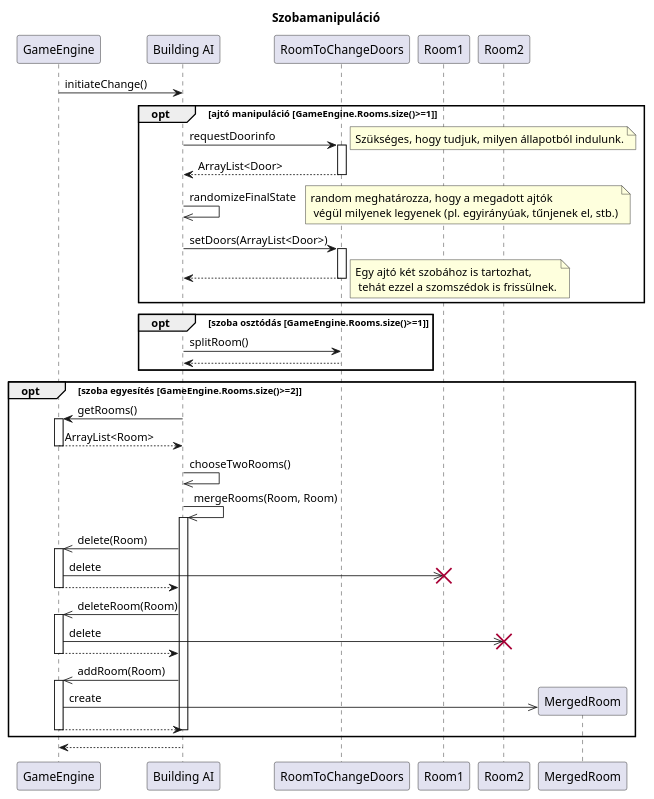
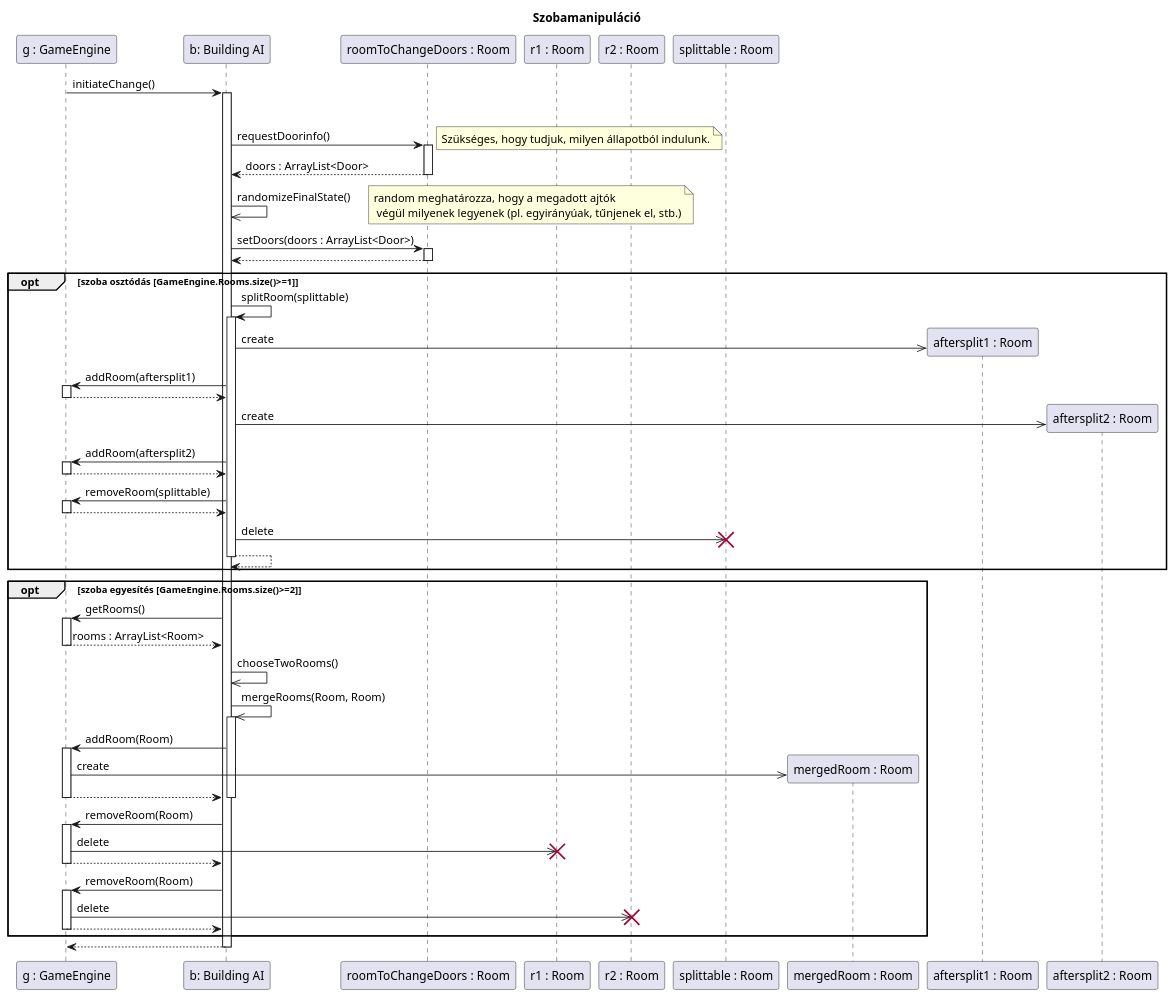
Before and after one commit to kipolaris/skyrimscriptsuttogok: the diagram in diagramms/src/building_change.puml, drawn with PlantUML. The commit also changed 4 other files, not shown here.

Commit message:
continued fixing diagrams

```diff
--- a/diagramms/src/building_change.puml
+++ b/diagramms/src/building_change.puml
@@ -1,61 +1,70 @@
 @startuml building_change
 
 title Szobamanipuláció
 
-Participant GameEngine as g
-Participant "Building AI" as ai
-Participant RoomToChangeDoors as sz
+Participant "g : GameEngine" as g
+Participant "b: Building AI" as ai
+Participant "roomToChangeDoors : Room" as sz
 
-participant Room1 as sz1
-Participant Room2 as sz2
-Participant MergedRoom as sz3
+participant "r1 : Room" as sz1
+Participant "r2 : Room" as sz2
+participant "splittable : Room" as split
+Participant "mergedRoom : Room" as sz3
 
-g->ai : initiateChange()
+g->ai ++: initiateChange()
 opt ajtó manipuláció [GameEngine.Rooms.size()>=1]
-    ai->sz ++: requestDoorinfo
+    ai->sz ++: requestDoorinfo()
     note right: Szükséges, hogy tudjuk, milyen állapotból indulunk.
-    return ArrayList<Door>
+    return doors : ArrayList<Door>
 
-    ai->>ai : randomizeFinalState
+    ai->>ai : randomizeFinalState()
     note right: random meghatározza, hogy a megadott ajtók \n végül milyenek legyenek (pl. egyirányúak, tűnjenek el, stb.)
 
-    ai->sz ++: setDoors(ArrayList<Door>)
+    ai->sz ++: setDoors(doors : ArrayList<Door>)
     return
-
-    note right : Egy ajtó két szobához is tartozhat,\n tehát ezzel a szomszédok is frissülnek.
-
-end
 
 opt szoba osztódás [GameEngine.Rooms.size()>=1]
 
-    ai->sz : splitRoom()
+    ai->ai ++: splitRoom(splittable)
+    ai->>"aftersplit1 : Room" **: create
+    ai->g ++: addRoom(aftersplit1)
+    return
+    ai->>"aftersplit2 : Room" **: create
+    ai->g ++: addRoom(aftersplit2)
+    return
+
+    ai->g ++: removeRoom(splittable)
+    return
+
+    ai->>split !!: delete
     return
 
 end
 
 opt szoba egyesítés [GameEngine.Rooms.size()>=2]
 
     ai->g ++: getRooms()
-    return ArrayList<Room>
+    return rooms : ArrayList<Room>
 
     ai->>ai : chooseTwoRooms()
     ai->>ai ++: mergeRooms(Room, Room)
-    'Ezt itt a building AI törölje, vagy inkább a GameEngine?'
-    ai->>g ++: delete(Room)
-    g->>sz1 !!: delete
-    g-->ai
-    deactivate g
-    ai->>g ++: deleteRoom(Room)
-    g->>sz2 !!: delete
-    g-->ai
-    deactivate g
-    ai->>g ++: addRoom(Room)
+
+    ai->g ++: addRoom(Room)
     g->>sz3 **: create
     g-->ai
     deactivate g
     deactivate ai
 
+    ai->g ++: removeRoom(Room)
+    g->>sz1 !!: delete
+    g-->ai
+    deactivate g
+    ai->g ++: removeRoom(Room)
+    g->>sz2 !!: delete
+    g-->ai
+    deactivate g
+
 end
-ai-->g
+ai-->g --:
 
 @enduml
```
